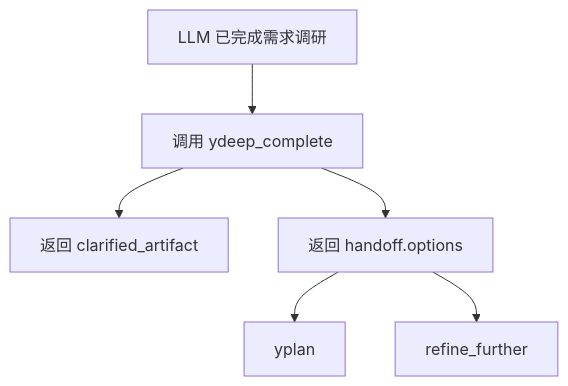
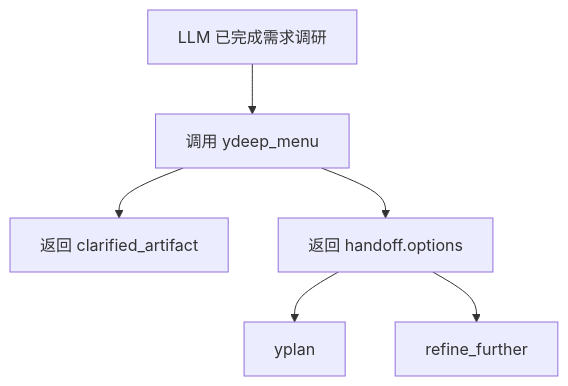
Before and after one commit to CodeyLife/Ymcp: the second of 5 diagrams in docs/current-workflow-flowcharts.md, drawn with Mermaid. The commit also changed other lines of this file and 40 other files, not shown here.

````diff
--- a/docs/current-workflow-flowcharts.md
+++ b/docs/current-workflow-flowcharts.md
@@ -33,8 +33,8 @@
 ```mermaid
 flowchart TD
-    A[LLM 已完成需求调研] --> B[调用 ydeep_complete]
+    A[LLM 已完成需求调研] --> B[调用 ydeep_menu]
     B --> C[返回 clarified_artifact]
     B --> D[返回 handoff.options]
     D --> E[yplan]
     D --> F[refine_further]
 ```
````
